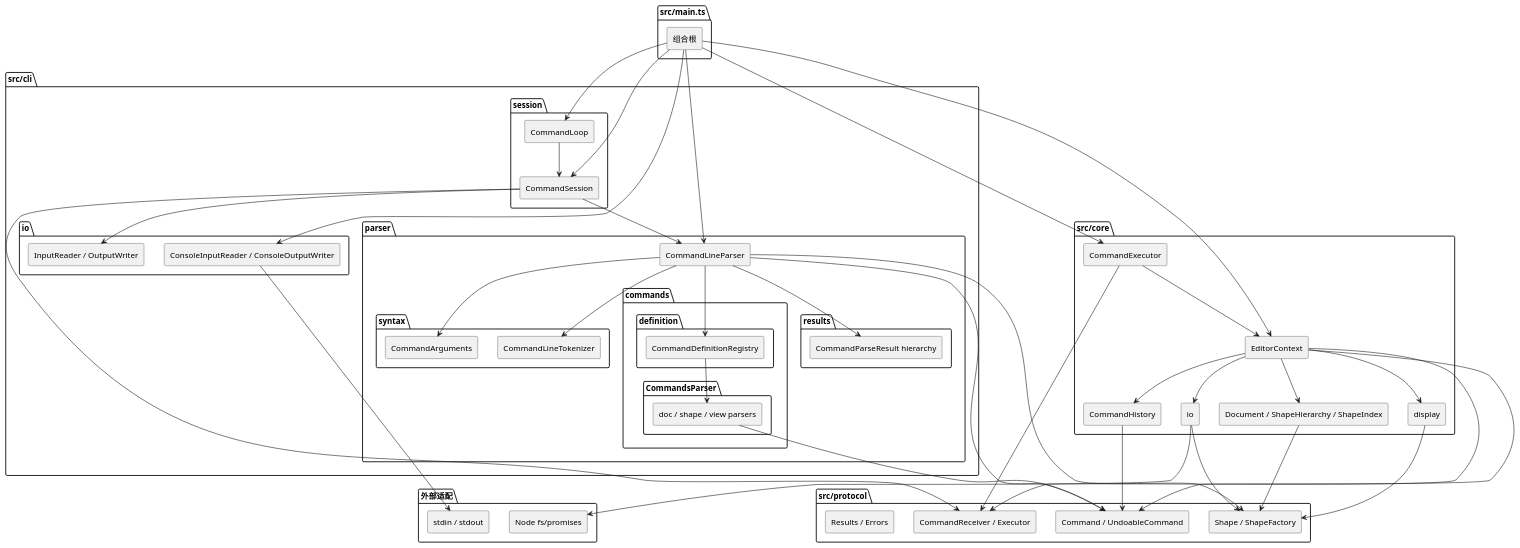
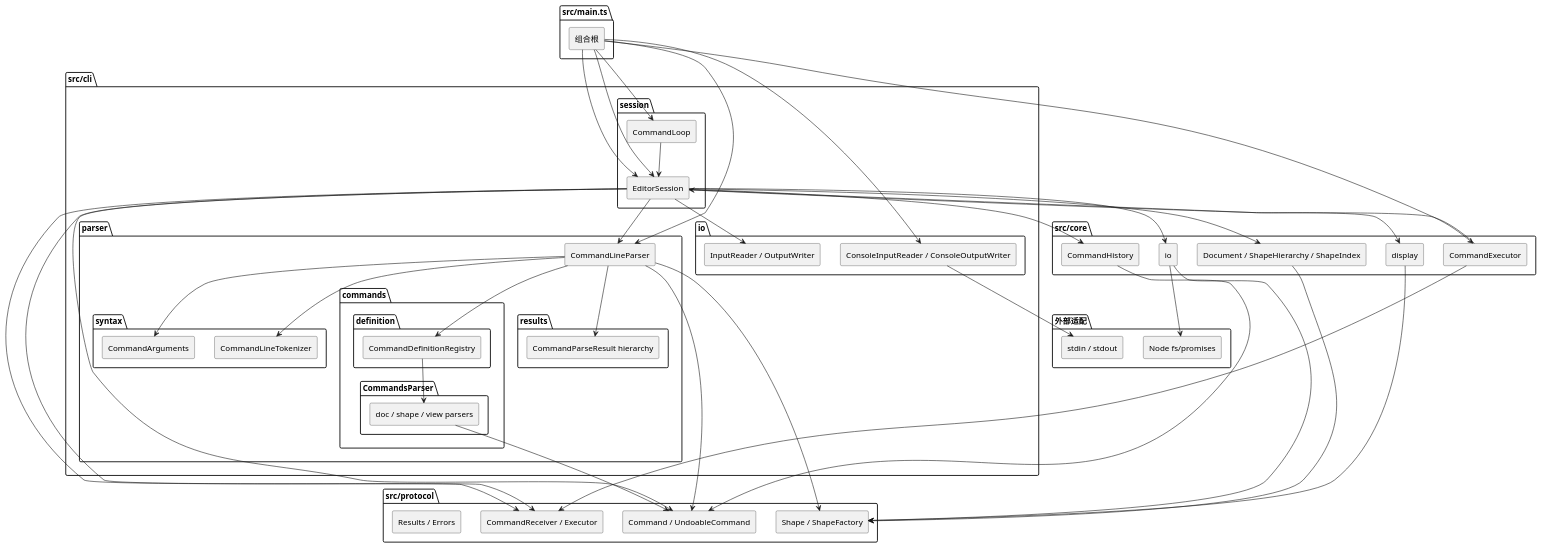
One commit to zhao-jingyan/SVG-Editor changed the diagram in doc/README.md. Above: the diagram before and after it, drawn with PlantUML. The commit also changed other lines of this file and 13 other files, not shown here.

Commit message:
refactor(core): 将 EditorContext 重命名为 EditorSession

```diff
--- a/doc/README.md
+++ b/doc/README.md
@@ -76,7 +76,7 @@
 
 package "src/core" {
   [CommandExecutor] as Executor
-  [EditorContext] as Context
+  [EditorSession] as Session
   [Document / ShapeHierarchy / ShapeIndex] as Document
   [CommandHistory] as History
   [display] as Display
@@ -93,7 +93,7 @@
 Main --> Parser
 Main --> Console
 Main --> Executor
-Main --> Context
+Main --> Session
 Loop --> Session
 Session --> IOPorts
 Session --> Parser
@@ -107,13 +107,13 @@
 Parser --> Command
 Parser --> Shapes
 Executor --> Ports
-Executor --> Context
-Context --> Ports
-Context --> Command
-Context --> Document
-Context --> History
-Context --> Display
-Context --> IO
+Executor --> Session
+Session --> Ports
+Session --> Command
+Session --> Document
+Session --> History
+Session --> Display
+Session --> IO
 Document --> Shapes
 History --> Command
 Display --> Shapes
```
